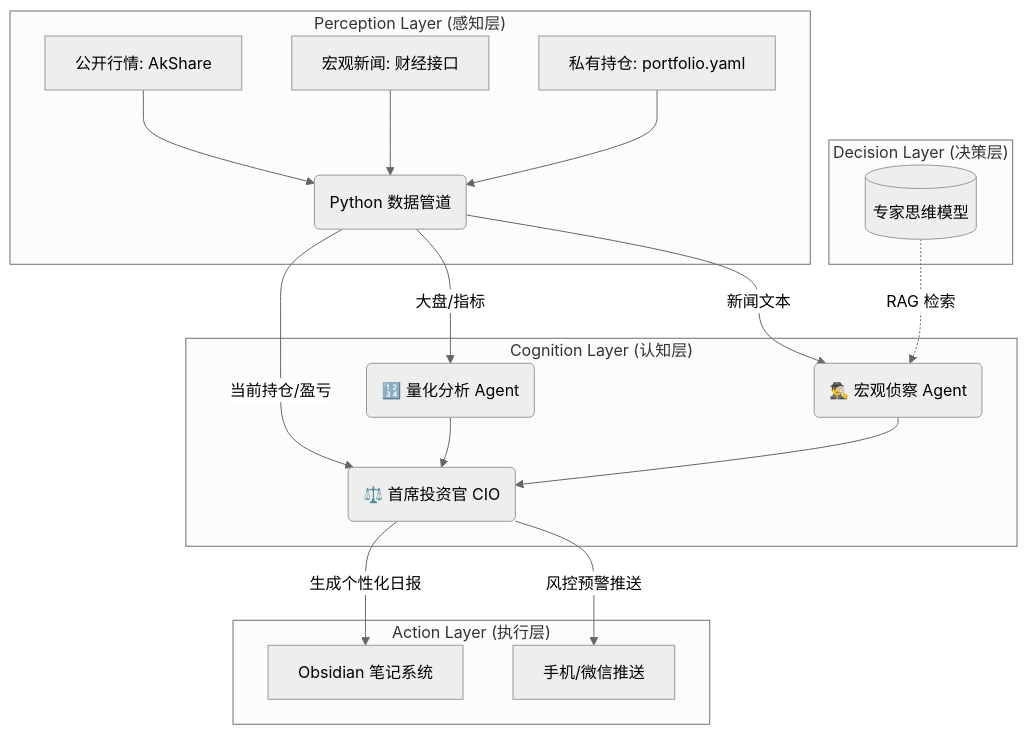
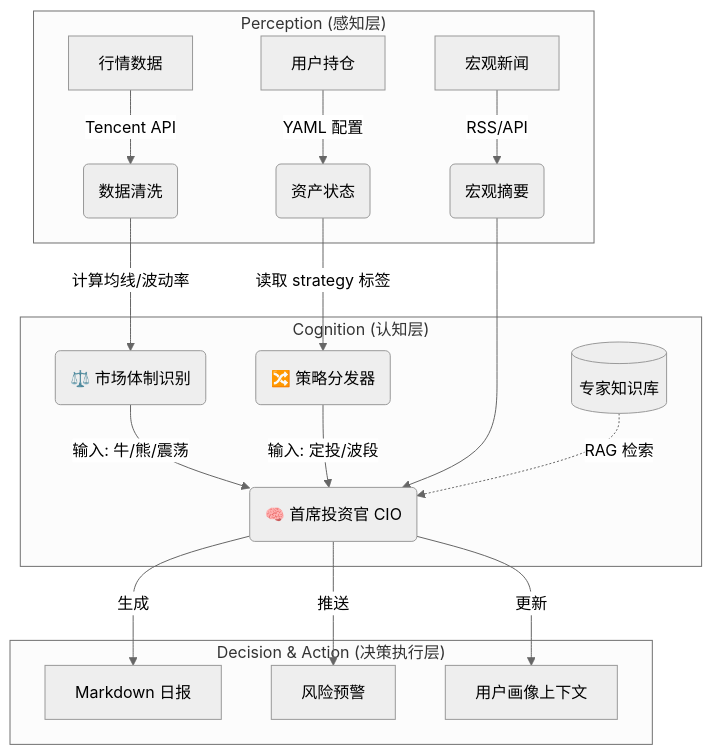
The diagram in README.md (BillyDu-TJ/Agent-Investment-OS), drawn with Mermaid (neutral theme) before and after one commit. The commit also changed other lines of this file and 16 other files, not shown here.

````diff
--- a/README.md
+++ b/README.md
@@ -13,25 +13,25 @@
 ```mermaid
 graph TD
-    subgraph "Perception Layer (感知层)"
-        Data[公开行情: AkShare] --> B(Python 数据管道)
-        News[宏观新闻: 财经接口] --> B
-        Private[私有持仓: portfolio.yaml] --> B
+    subgraph "Perception (感知层)"
+        Market[行情数据] -->|Tencent API| DataPipe(数据清洗)
+        News[宏观新闻] -->|RSS/API| MacroInfo(宏观摘要)
+        Portfolio[用户持仓] -->|YAML 配置| AssetState(资产状态)
     end
 
-    subgraph "Cognition Layer (认知层)"
-        B -->|大盘/指标| QuantAgent(🔢 量化分析 Agent)
-        B -->|新闻文本| ScoutAgent(🕵️‍♂️ 宏观侦察 Agent)
-        B -->|当前持仓/盈亏| CIO_Agent(⚖️ 首席投资官 CIO)
+    subgraph "Cognition (认知层)"
+        DataPipe -->|计算均线/波动率| RegimeDetector(⚖️ 市场体制识别)
+        AssetState -->|读取 strategy 标签| StrategyRouter(🔀 策略分发器)
+        
+        RegimeDetector -->|输入: 牛/熊/震荡| Brain(🧠 首席投资官 CIO)
+        StrategyRouter -->|输入: 定投/波段| Brain
+        MacroInfo --> Brain
+        
+        KB[(专家知识库)] -.->|RAG 检索| Brain
     end
 
-    subgraph "Decision Layer (决策层)"
-        QuantAgent --> CIO_Agent
-        ScoutAgent --> CIO_Agent
-        Expert[(专家思维模型)] -.->|RAG 检索| ScoutAgent
-    end
-
-    subgraph "Action Layer (执行层)"
-        CIO_Agent -->|生成个性化日报| Obsidian[Obsidian 笔记系统]
-        CIO_Agent -->|风控预警推送| Mobile[手机/微信推送]
+    subgraph "Decision & Action (决策执行层)"
+        Brain -->|生成| Report[Markdown 日报]
+        Brain -->|推送| Alert[风险预警]
+        Brain -->|更新| Context[用户画像上下文]
     end
 ```
````
